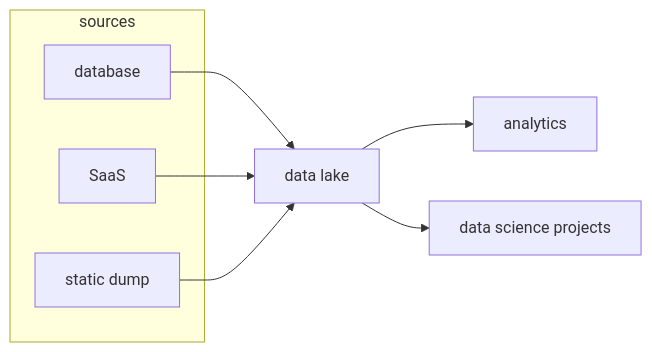
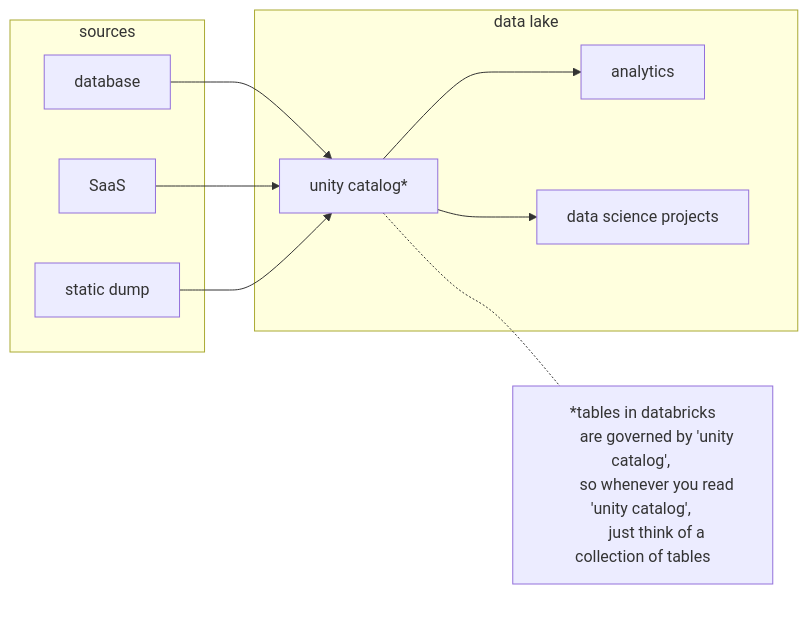
The diagram in articles/blog15.md (danielsteman/web-rs), drawn with Mermaid before and after one commit. The commit also changed 1 other file, not shown here.

Commit message:
customize graph

```diff
--- a/articles/blog15.md
+++ b/articles/blog15.md
@@ -10,13 +10,30 @@
 <pre class="mermaid">
     flowchart LR
-        database --> dl[data lake]
-        SaaS --> dl
-        sd[static dump] --> dl
-        dl --> analytics
-        dl --> ds[data science projects]
+        style note opacity:0
+        style note fontSize: 10px
+
+        database --> uc[unity catalog*]
+        SaaS --> uc
+        sd[static dump] --> uc
+        uc --> analytics
+        uc --> ds[data science projects]
+
         subgraph sources
-        database
-        SaaS
-        sd
+            database
+            SaaS
+            sd
+        end
+
+        subgraph dl[data lake]
+            uc
+            analytics
+            ds
+        end
+        
+        subgraph note [" "]
+            uc -.- ucnote[*tables in databricks
+            are governed by 'unity catalog', 
+            so whenever you read 'unity catalog', 
+            just think of a collection of tables]
         end
 </pre>
```
